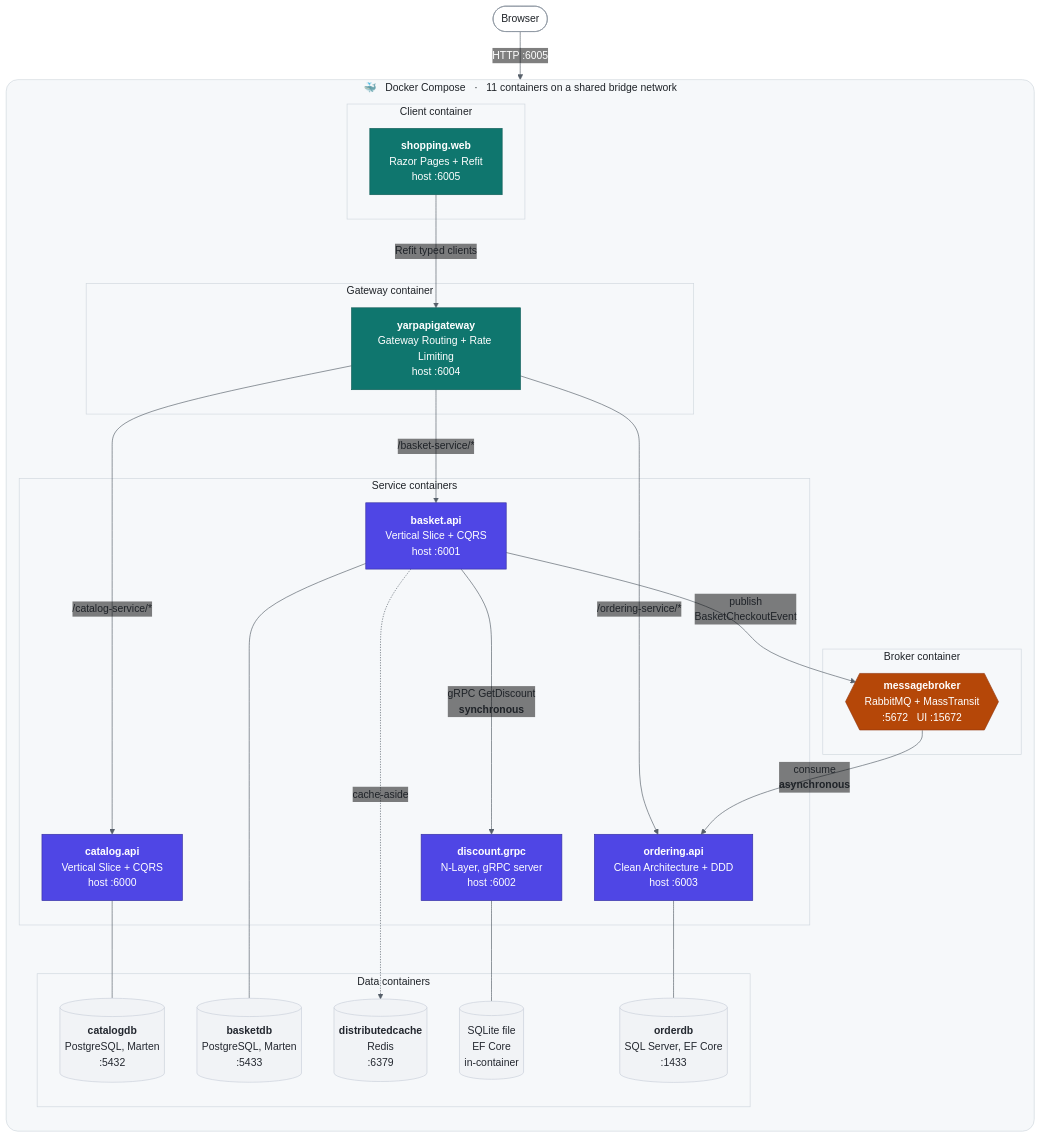
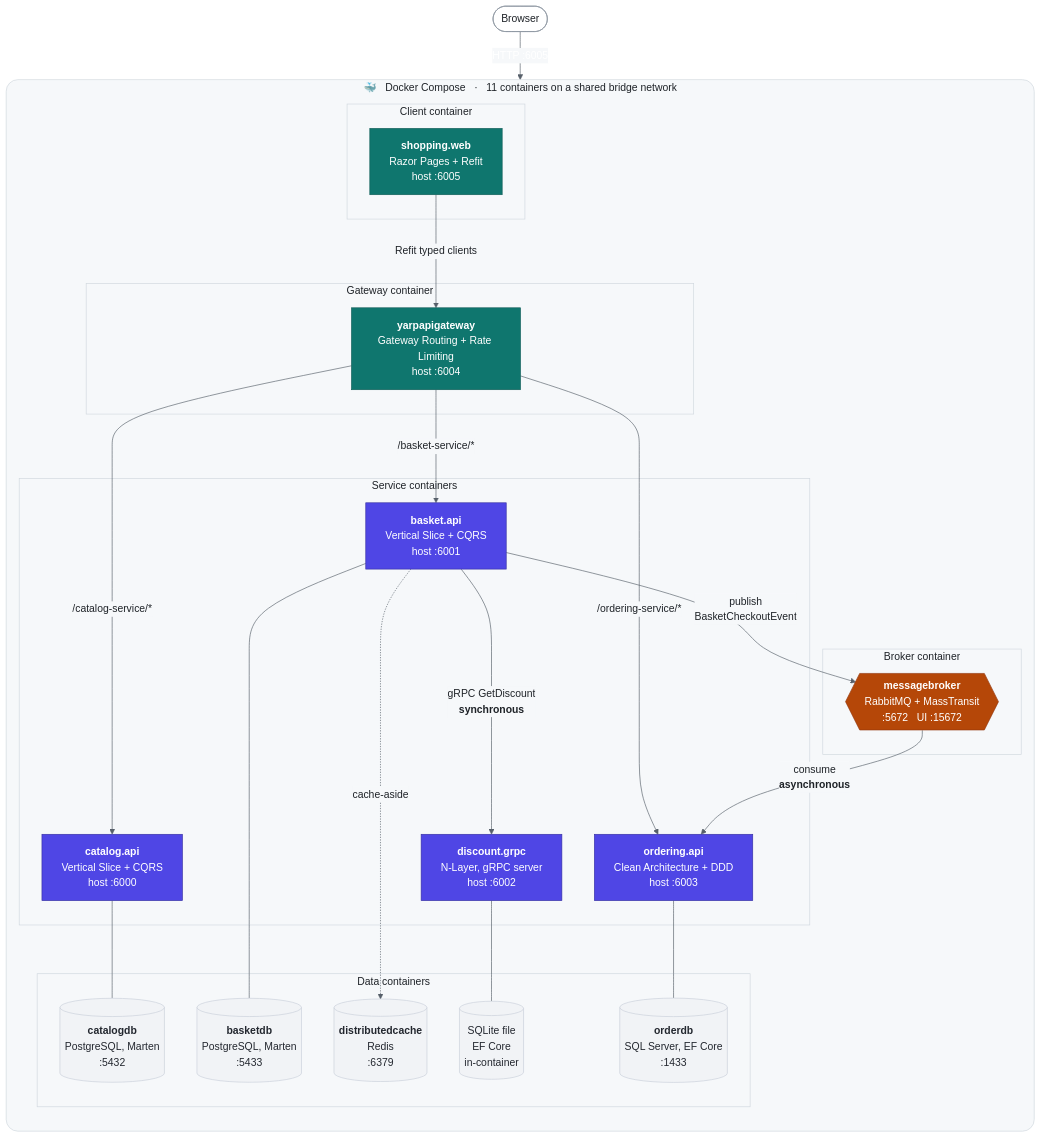
The first of 2 diagrams in README.md (Zack-Gtay/e-commerce-microservices), drawn with Mermaid before and after one commit.

````diff
--- a/README.md
+++ b/README.md
@@ -15,79 +15,79 @@
 ```mermaid
 %%{init: {"theme": "base", "themeVariables": {
     "fontFamily": "-apple-system, Segoe UI, Helvetica, Arial, sans-serif",
     "primaryColor": "#ffffff",
     "primaryTextColor": "#1f2328",
     "primaryBorderColor": "#8c959f",
     "lineColor": "#57606a",
     "textColor": "#1f2328",
     "mainBkg": "#ffffff",
     "clusterBkg": "#f6f8fa",
     "clusterBorder": "#d0d7de",
-    "edgeLabelBackground": "transparent",
+    "edgeLabelBackground": "#f6f8fa",
     "titleColor": "#1f2328"
 }}}%%
 flowchart TB
     BROWSER(["Browser"])
 
     subgraph docker ["🐳 &nbsp; Docker Compose &nbsp; · &nbsp; 11 containers on a shared bridge network"]
         direction TB
 
         subgraph client ["Client container"]
             WEB["<b>shopping.web</b><br/>Razor Pages + Refit<br/>host :6005"]
         end
 
         subgraph gateway ["Gateway container"]
             GW["<b>yarpapigateway</b><br/>Gateway Routing + Rate Limiting<br/>host :6004"]
         end
 
         subgraph services ["Service containers"]
             CAT["<b>catalog.api</b><br/>Vertical Slice + CQRS<br/>host :6000"]
             BAS["<b>basket.api</b><br/>Vertical Slice + CQRS<br/>host :6001"]
             DIS["<b>discount.grpc</b><br/>N-Layer, gRPC server<br/>host :6002"]
             ORD["<b>ordering.api</b><br/>Clean Architecture + DDD<br/>host :6003"]
         end
 
         subgraph broker ["Broker container"]
             MQ{{"<b>messagebroker</b><br/>RabbitMQ + MassTransit<br/>:5672 &nbsp; UI :15672"}}
         end
 
         subgraph data ["Data containers"]
             CATDB[("<b>catalogdb</b><br/>PostgreSQL, Marten<br/>:5432")]
             BASDB[("<b>basketdb</b><br/>PostgreSQL, Marten<br/>:5433")]
             CACHE[("<b>distributedcache</b><br/>Redis<br/>:6379")]
             ORDDB[("<b>orderdb</b><br/>SQL Server, EF Core<br/>:1433")]
             DISDB[("SQLite file<br/>EF Core<br/>in-container")]
         end
     end
 
     BROWSER -->|"HTTP :6005"| WEB
     WEB -->|"Refit typed clients"| GW
     GW -->|"/catalog-service/*"| CAT
     GW -->|"/basket-service/*"| BAS
     GW -->|"/ordering-service/*"| ORD
 
     BAS -->|"gRPC GetDiscount<br/><b>synchronous</b>"| DIS
     BAS -->|"publish<br/>BasketCheckoutEvent"| MQ
     MQ -->|"consume<br/><b>asynchronous</b>"| ORD
 
     CAT --- CATDB
     BAS --- BASDB
     BAS -.->|"cache-aside"| CACHE
     DIS --- DISDB
     ORD --- ORDDB
 
     classDef svc fill:#4f46e5,stroke:#3730a3,color:#fff
     classDef store fill:#f1f3f6,stroke:#c9cfda,color:#23272f
     classDef bus fill:#b54708,stroke:#93370d,color:#fff
     classDef edge fill:#0f766e,stroke:#115e59,color:#fff
     classDef ext fill:#ffffff,stroke:#8c959f,color:#1f2328
 
     class CAT,BAS,DIS,ORD svc
     class CATDB,BASDB,CACHE,DISDB,ORDDB store
     class MQ bus
     class WEB,GW edge
     class BROWSER ext
 
     style docker fill:#f6f8fa,stroke:#d0d7de,rx:18,ry:18
     linkStyle 0 color:#ffffff
 ```
````
